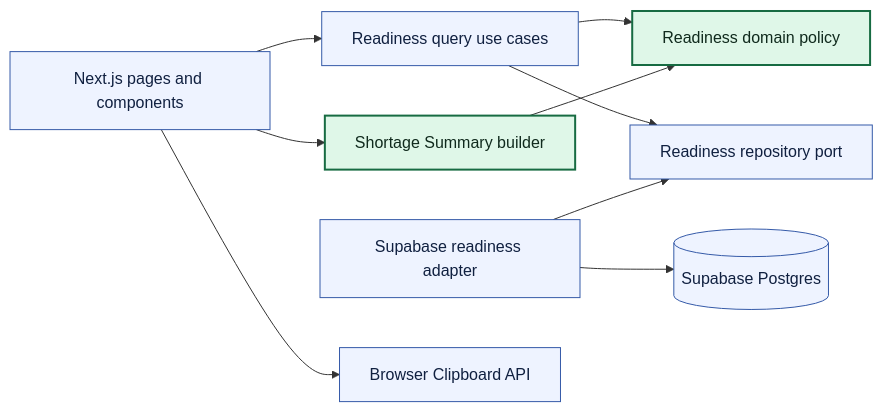
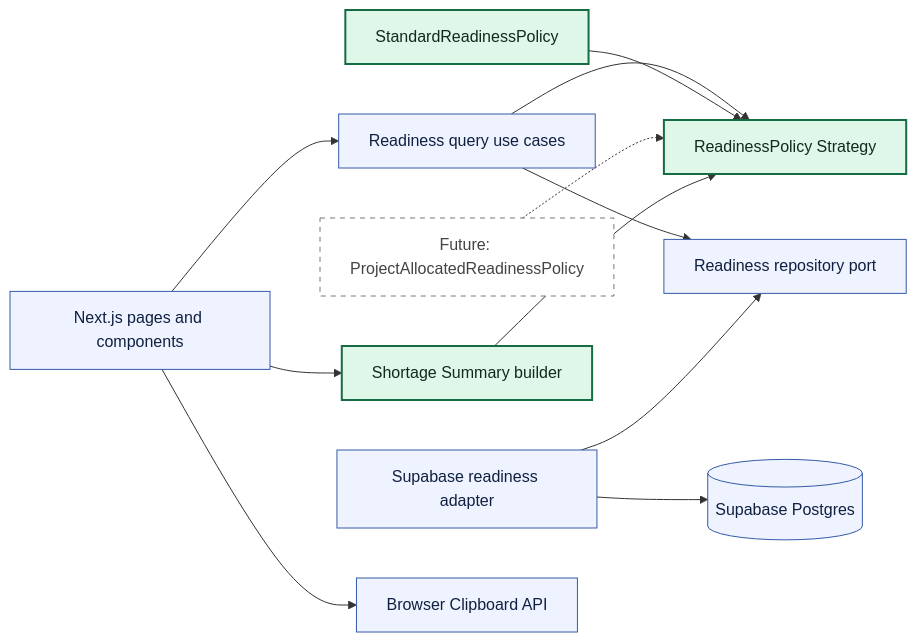
The first of 4 diagrams in docs/architecture/overview.md (jiqiang90/qantum-stock), drawn with Mermaid before and after one commit. The commit also changed other lines of this file and 11 other files, not shown here.

Commit message:
refactor: introduce readiness policy strategy

````diff
--- a/docs/architecture/overview.md
+++ b/docs/architecture/overview.md
@@ -15,16 +15,20 @@
 ```mermaid
 flowchart LR
     UI[Next.js pages and components] --> Queries[Readiness query use cases]
-    Queries --> Policy[Readiness domain policy]
+    Queries --> Policy[ReadinessPolicy Strategy]
     Queries --> Port[Readiness repository port]
+    Standard[StandardReadinessPolicy] --> Policy
+    Future[Future: ProjectAllocatedReadinessPolicy] -.-> Policy
     Adapter[Supabase readiness adapter] --> Port
     Adapter --> DB[(Supabase Postgres)]
     UI --> Summary[Shortage Summary builder]
     Summary --> Policy
     UI --> Clipboard[Browser Clipboard API]
 
     classDef core fill:#dff7e8,stroke:#176b42,stroke-width:2px,color:#102a1d;
     classDef boundary fill:#eef3ff,stroke:#355aa8,color:#102040;
-    class Policy,Summary core;
+    classDef future fill:#fff,stroke:#777,stroke-dasharray:5 5,color:#444;
+    class Policy,Standard,Summary core;
     class UI,Queries,Port,Adapter,DB,Clipboard boundary;
+    class Future future;
 ```
````
